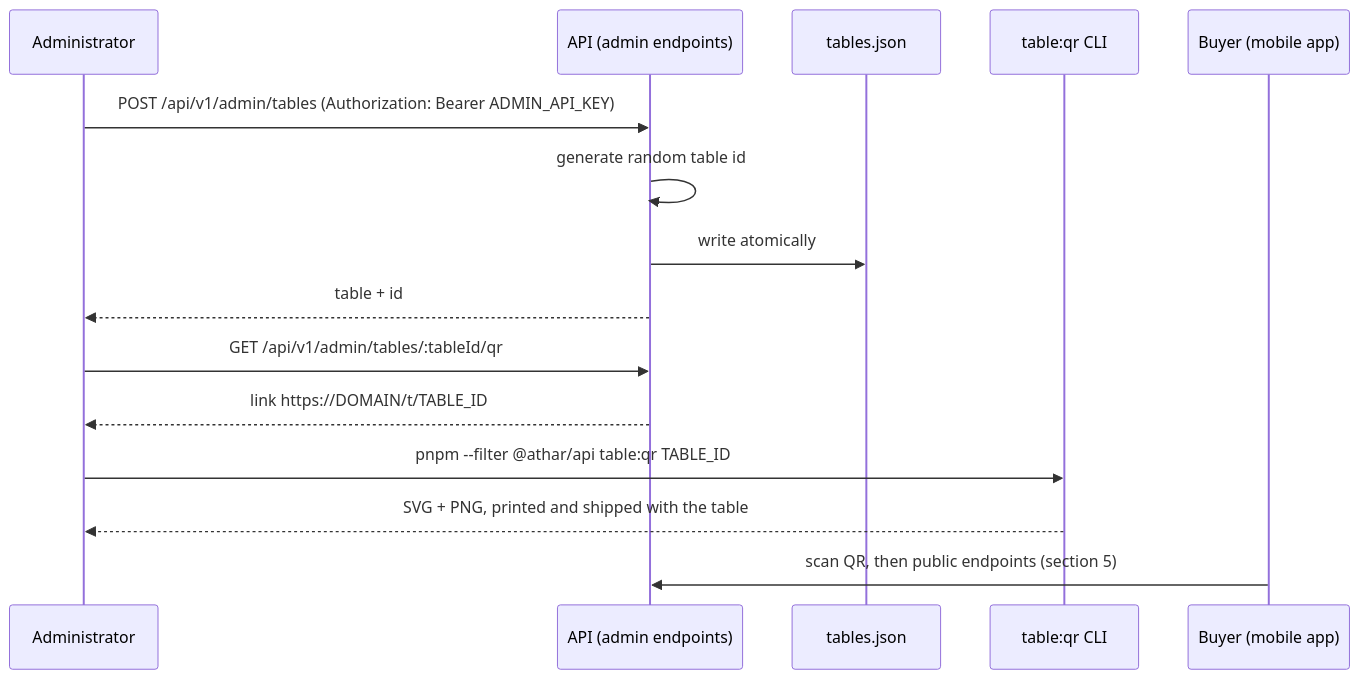
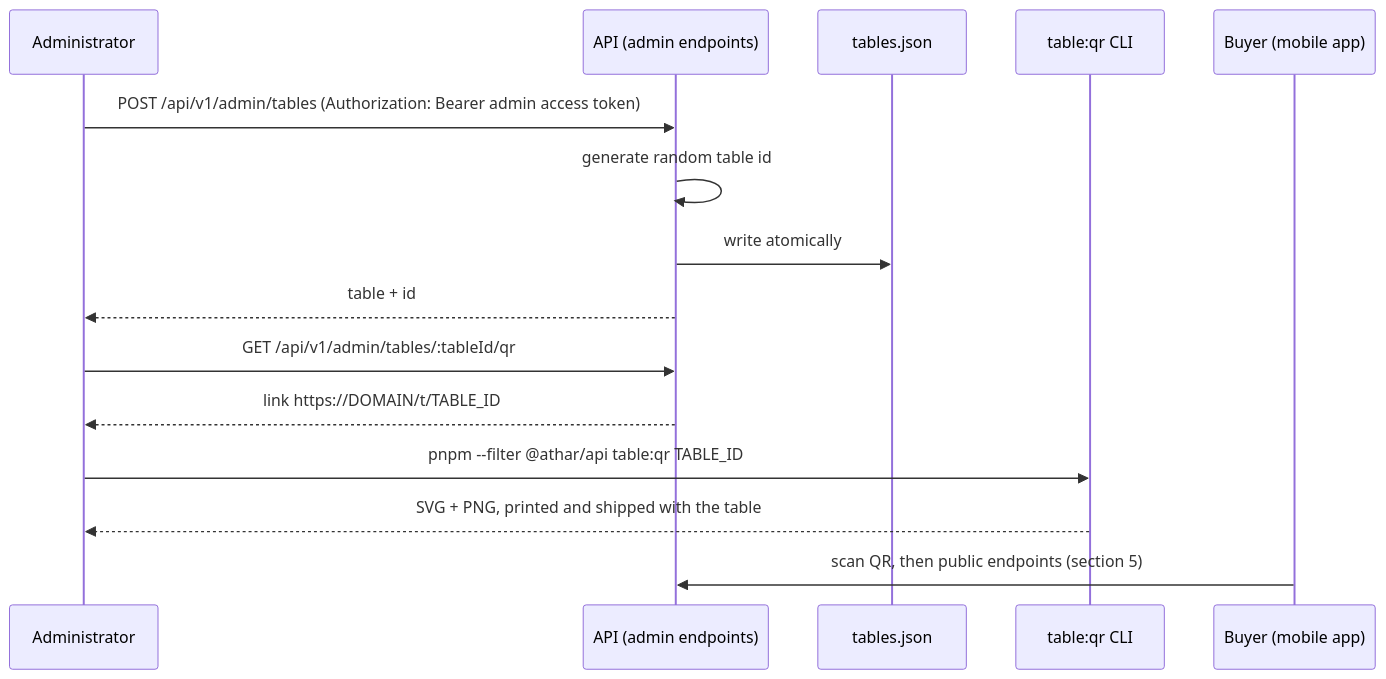
One commit to chedi-ouerghi/athar-Official changed the fourth of 4 diagrams in docs/architecture.md. Above: the diagram before and after it, drawn with Mermaid. The commit also changed other lines of this file and 53 other files, not shown here.

First line of the commit message:
feat(api): accounts and secure sessions, replacing the admin key (phase 2)

````diff
--- a/docs/architecture.md
+++ b/docs/architecture.md
@@ -1359,17 +1361,17 @@
 ```mermaid
 sequenceDiagram
   participant A as Administrator
   participant Api as API (admin endpoints)
   participant Store as tables.json
   participant Cli as table:qr CLI
   participant B as Buyer (mobile app)
-  A->>Api: POST /api/v1/admin/tables (Authorization: Bearer ADMIN_API_KEY)
+  A->>Api: POST /api/v1/admin/tables (Authorization: Bearer admin access token)
   Api->>Api: generate random table id
   Api->>Store: write atomically
   Api-->>A: table + id
   A->>Api: GET /api/v1/admin/tables/:tableId/qr
   Api-->>A: link https://DOMAIN/t/TABLE_ID
   A->>Cli: pnpm --filter @athar/api table:qr TABLE_ID
   Cli-->>A: SVG + PNG, printed and shipped with the table
   B->>Api: scan QR, then public endpoints (section 5)
 ```
````
